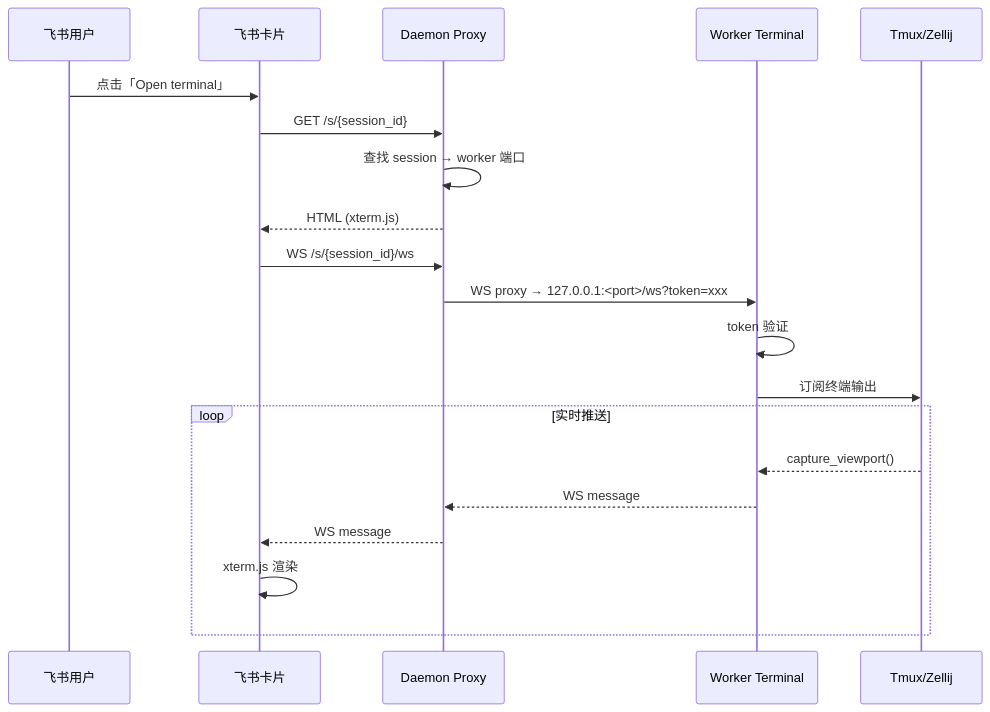
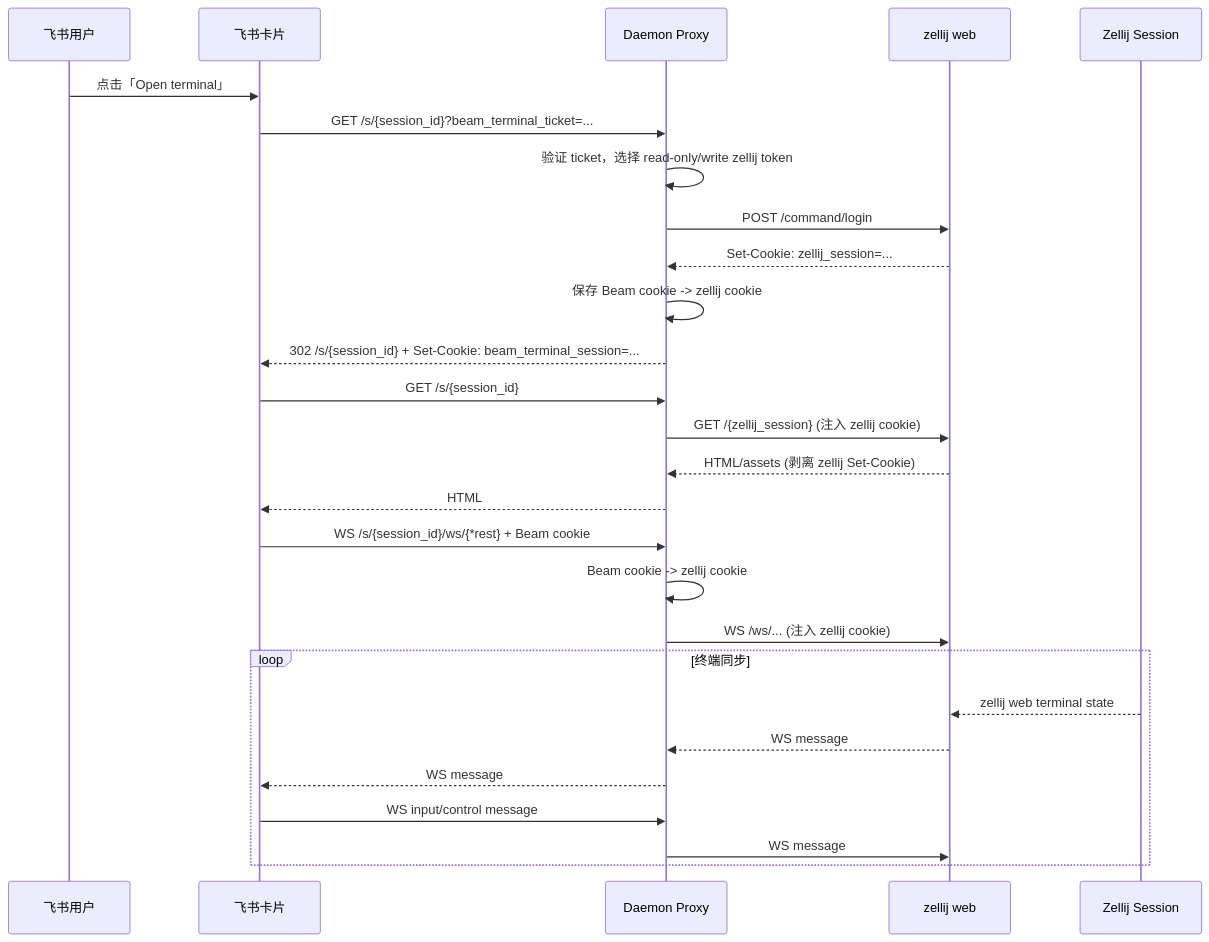
The sixth of 6 diagrams in docs/design/beam-architecture.md (linuxhenhao/beam), drawn with Mermaid before and after one commit. The commit also changed other lines of this file and 8 other files, not shown here.

````diff
--- a/docs/design/beam-architecture.md
+++ b/docs/design/beam-architecture.md
@@ -314,23 +317,30 @@
 ```mermaid
 sequenceDiagram
     participant U as 飞书用户
     participant C as 飞书卡片
     participant P as Daemon Proxy
-    participant W as Worker Terminal
-    participant T as Tmux/Zellij
+    participant Z as zellij web
+    participant T as Zellij Session
 
     U->>C: 点击「Open terminal」
+    C->>P: GET /s/{session_id}?beam_terminal_ticket=...
+    P->>P: 验证 ticket，选择 read-only/write zellij token
+    P->>Z: POST /command/login
+    Z-->>P: Set-Cookie: zellij_session=...
+    P->>P: 保存 Beam cookie -> zellij cookie
+    P-->>C: 302 /s/{session_id} + Set-Cookie: beam_terminal_session=...
     C->>P: GET /s/{session_id}
-    P->>P: 查找 session → worker 端口
-    P-->>C: HTML (xterm.js)
-    C->>P: WS /s/{session_id}/ws
-    P->>W: WS proxy → 127.0.0.1:<port>/ws?token=xxx
-    W->>W: token 验证
-    W->>T: 订阅终端输出
-    loop 实时推送
-        T-->>W: capture_viewport()
-        W-->>P: WS message
+    P->>Z: GET /{zellij_session} (注入 zellij cookie)
+    Z-->>P: HTML/assets (剥离 zellij Set-Cookie)
+    P-->>C: HTML
+    C->>P: WS /s/{session_id}/ws/{*rest} + Beam cookie
+    P->>P: Beam cookie -> zellij cookie
+    P->>Z: WS /ws/... (注入 zellij cookie)
+    loop 终端同步
+        T-->>Z: zellij web terminal state
+        Z-->>P: WS message
         P-->>C: WS message
-        C->>C: xterm.js 渲染
+        C->>P: WS input/control message
+        P->>Z: WS message
     end
 ```
````
